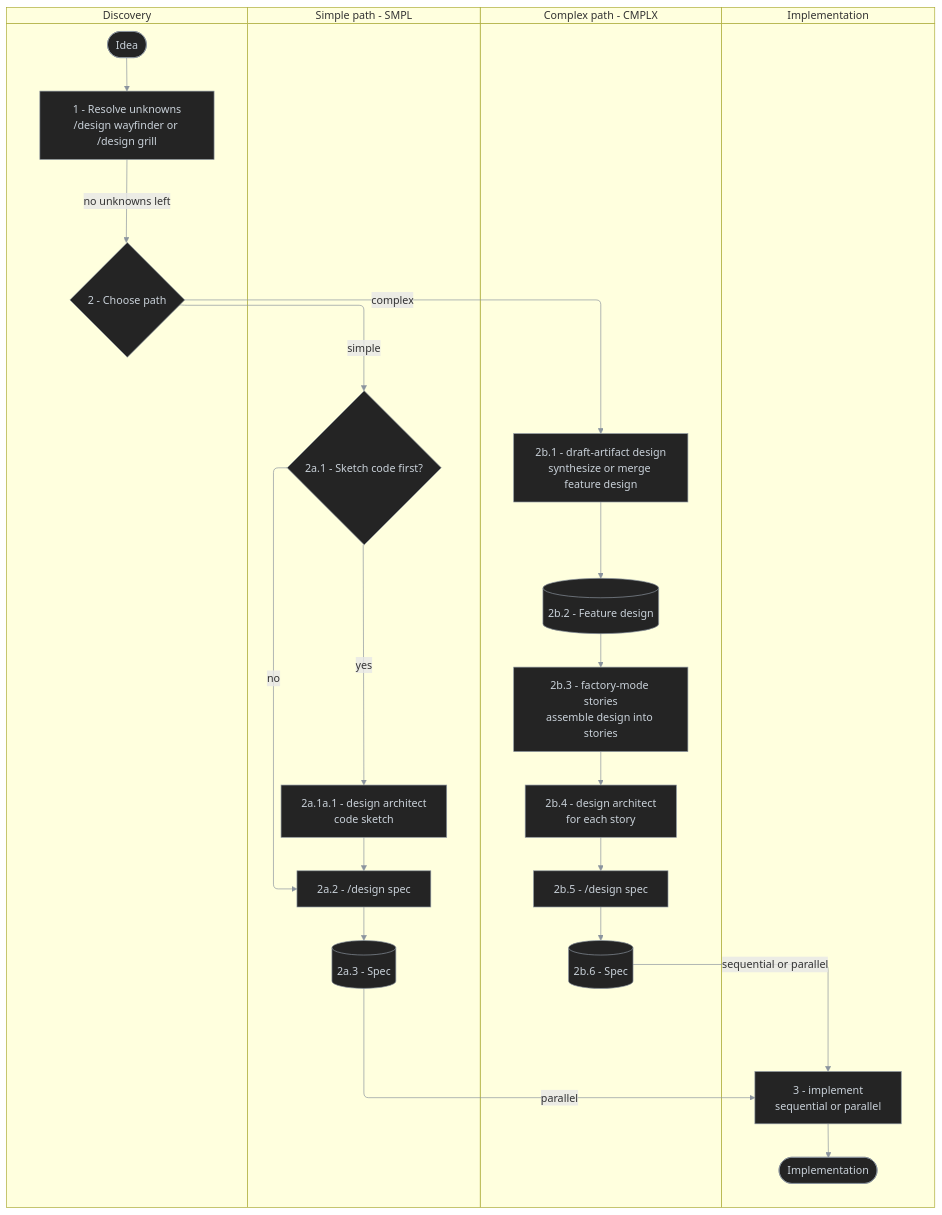
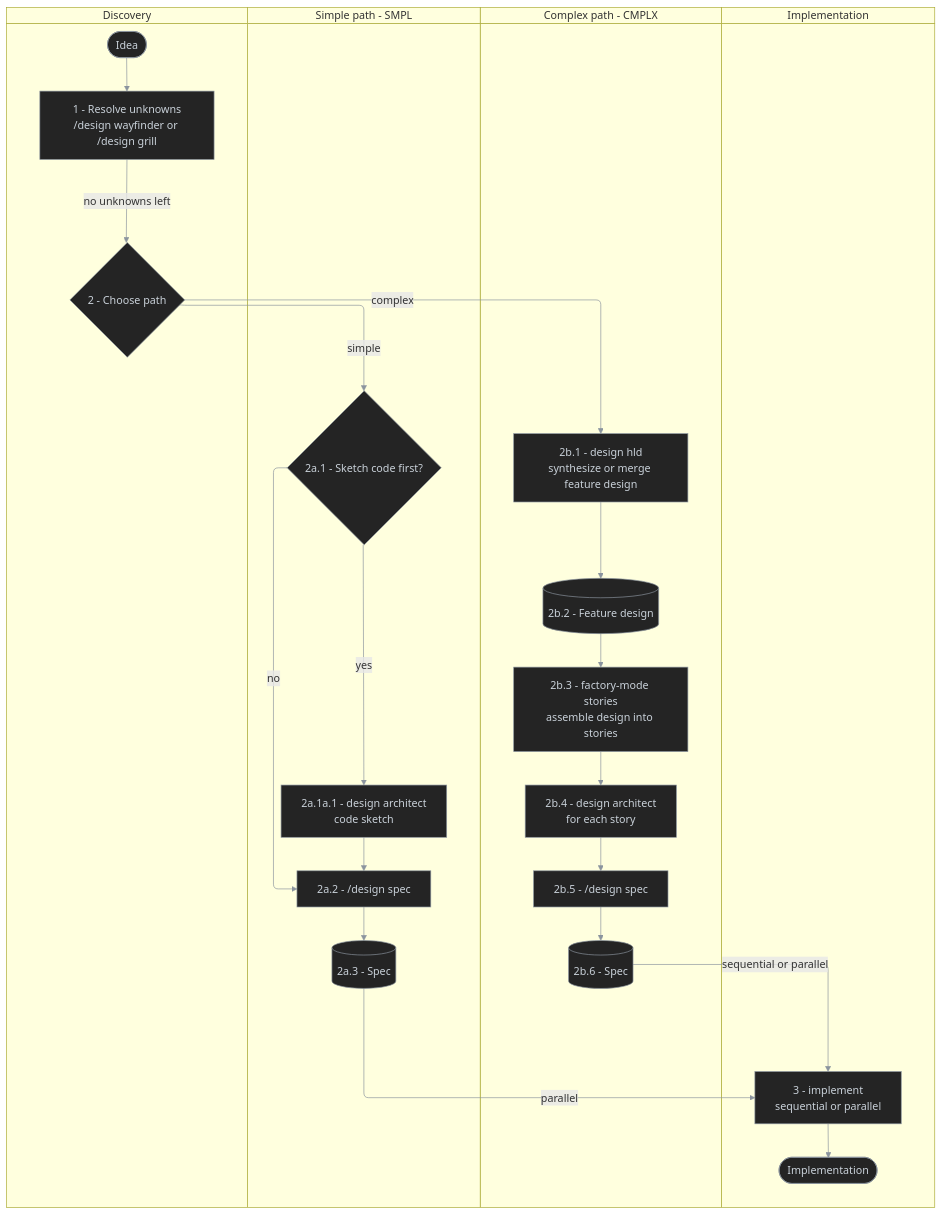
The first of 4 diagrams in plugins/wf/README.md (antshc/brain), drawn with Mermaid before and after one commit. The commit also changed other lines of this file and 11 other files, not shown here.

Commit message:
refactor(design): move feature design synthesis to hld route (#382)

````diff
--- a/plugins/wf/README.md
+++ b/plugins/wf/README.md
@@ -28,44 +28,44 @@
 ```mermaid
 %%{init: {'themeVariables': {'lineColor': '#8b949e'}}}%%
 %% diagram-id: wf-idea-to-implementation-swimlane
 swimlane-beta TB
   accTitle: Idea to implementation responsibility
   accDescr: Shows discovery choosing a simple or complex path, each producing a spec that implement turns into an implementation.
 
   subgraph discovery [Discovery]
     idea([Idea])
     resolve[1 - Resolve unknowns<br/>/design wayfinder or /design grill]
     choosePath{2 - Choose path}
   end
 
   subgraph simple [Simple path - SMPL]
     sketchFirst{2a.1 - Sketch code first?}
     smplArchitect[2a.1a.1 - design architect<br/>code sketch]
     smplToSpec[2a.2 - /design spec]
     smplSpec[(2a.3 - Spec)]
   end
 
   subgraph complex [Complex path - CMPLX]
-    toZdesign[2b.1 - draft-artifact design<br/>synthesize or merge feature design]
+    toZdesign[2b.1 - design hld<br/>synthesize or merge feature design]
     design[(2b.2 - Feature design)]
     toStories[2b.3 - factory-mode stories<br/>assemble design into stories]
     cmplxArchitect[2b.4 - design architect<br/>for each story]
     cmplxToSpec[2b.5 - /design spec]
     cmplxSpec[(2b.6 - Spec)]
   end
 
   subgraph implementation [Implementation]
     implementSpec[3 - implement<br/>sequential or parallel]
     done([Implementation])
   end
 
   idea --> resolve -->|no unknowns left| choosePath
   choosePath -->|simple| sketchFirst
   sketchFirst -->|no| smplToSpec
   sketchFirst -->|yes| smplArchitect --> smplToSpec
   smplToSpec --> smplSpec -->|parallel| implementSpec
   choosePath -->|complex| toZdesign --> design --> toStories --> cmplxArchitect --> cmplxToSpec --> cmplxSpec -->|sequential or parallel| implementSpec
   implementSpec --> done
 
   classDef default fill:#242424,stroke:#8b949e,color:#c9d1d9,stroke-width:1px
 ```
````
